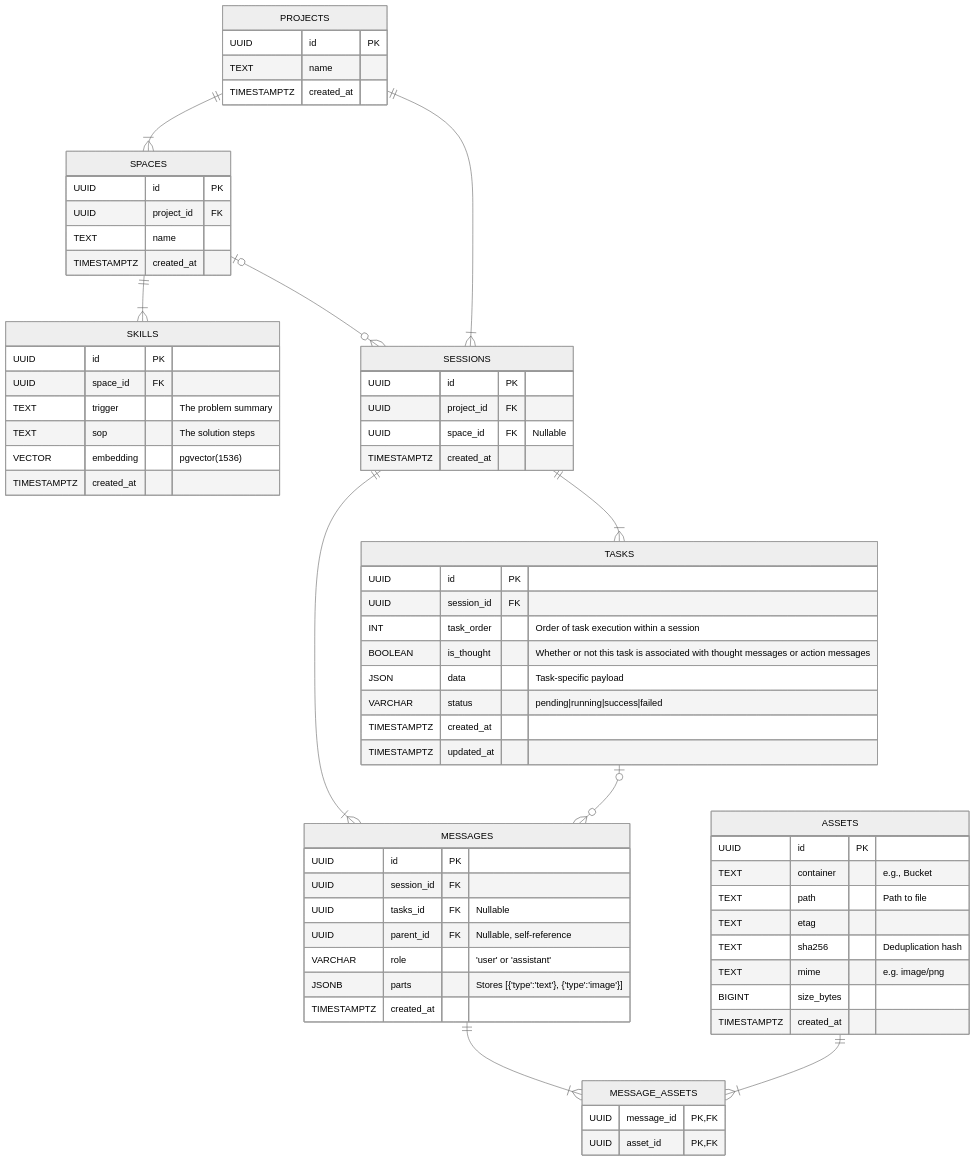
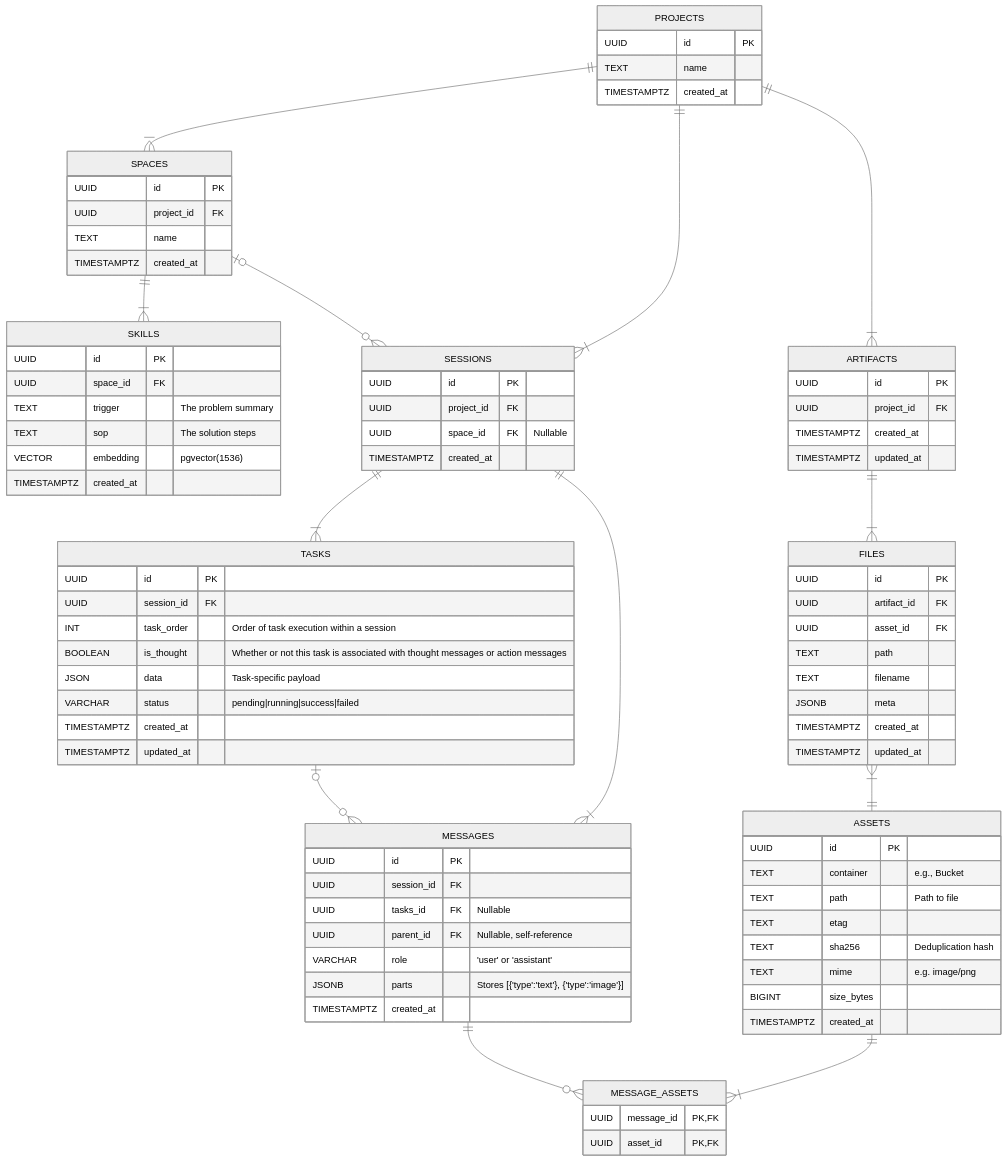
The second of 2 diagrams in README.md (w-h-a/gomento), drawn with Mermaid (neutral theme) before and after one commit. The commit also changed other lines of this file, not shown here.

Commit message:
docs: update README (#47)

````diff
--- a/README.md
+++ b/README.md
@@ -117,6 +117,11 @@
         TIMESTAMPTZ created_at
     }
 
+    MESSAGE_ASSETS {
+        UUID message_id PK, FK
+        UUID asset_id PK, FK
+    }
+
     ASSETS {
         UUID id PK
         TEXT container "e.g., Bucket"
@@ -128,22 +133,38 @@
         TIMESTAMPTZ created_at
     }
 
-    MESSAGE_ASSETS {
-        UUID message_id PK, FK
-        UUID asset_id PK, FK
+    ARTIFACTS {
+        UUID id PK
+        UUID project_id FK
+        TIMESTAMPTZ created_at
+        TIMESTAMPTZ updated_at
+    }
+
+    FILES {
+        UUID id PK
+        UUID artifact_id FK
+        UUID asset_id FK
+        TEXT path
+        TEXT filename
+        JSONB meta
+        TIMESTAMPTZ created_at
+        TIMESTAMPTZ updated_at
     }
 
     PROJECTS ||--|{ SPACES : ""
     PROJECTS ||--|{ SESSIONS : ""
+    PROJECTS ||--|{ ARTIFACTS : ""
     
     SPACES ||--|{ SKILLS : ""
     SPACES |o--o{ SESSIONS : ""
     
+    SESSIONS ||--|{ TASKS : ""
+    TASKS |o--o{ MESSAGES : ""
     SESSIONS ||--|{ MESSAGES : ""
-    SESSIONS ||--|{ TASKS : ""
 
-    TASKS |o--o{ MESSAGES : ""
+    MESSAGES ||--o{ MESSAGE_ASSETS : ""
+    ASSETS ||--|{ MESSAGE_ASSETS : ""
 
-    MESSAGES ||--|{ MESSAGE_ASSETS : ""
-    ASSETS ||--|{ MESSAGE_ASSETS : ""
+    ARTIFACTS ||--|{ FILES : ""
+    FILES }|--|| ASSETS : ""
 ```
````
